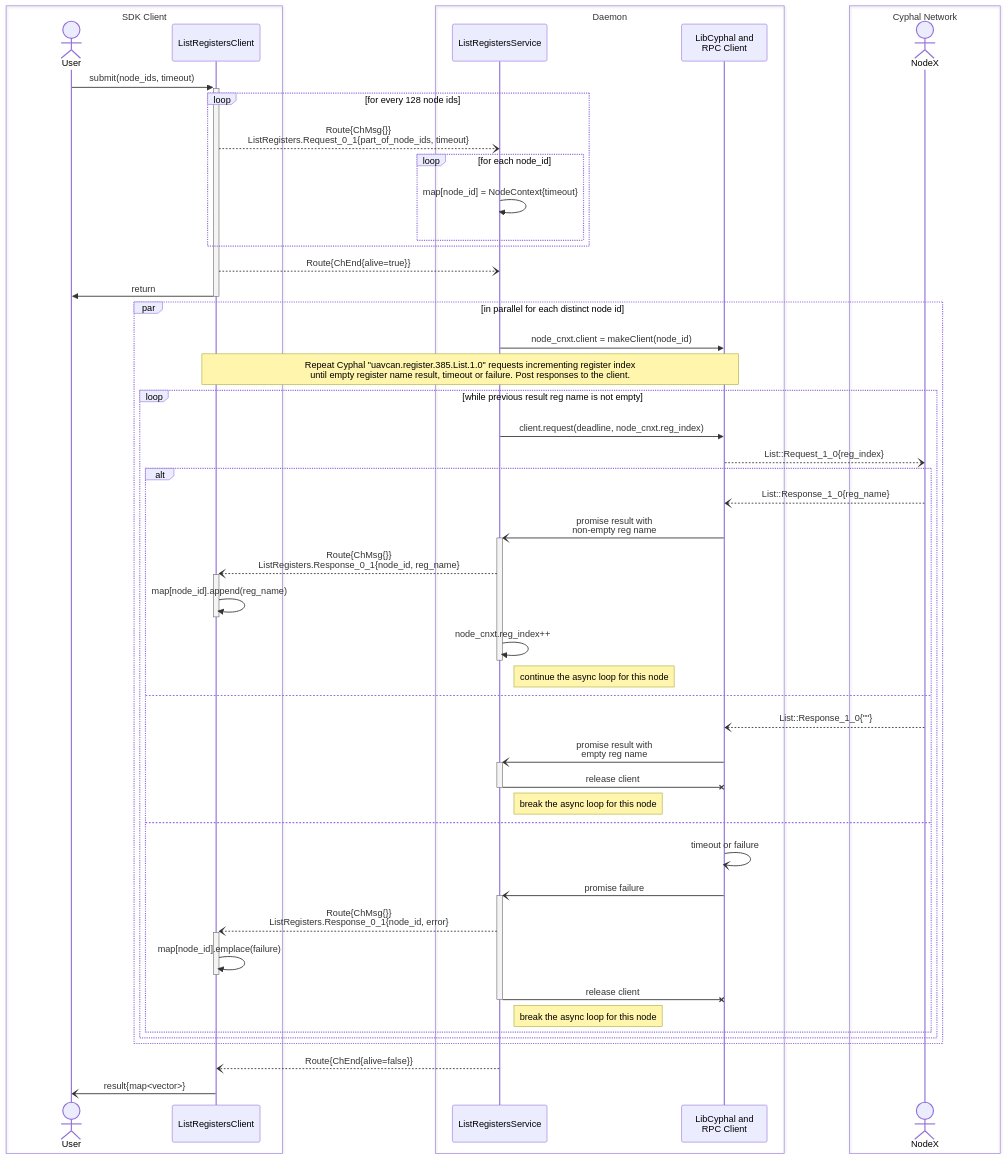
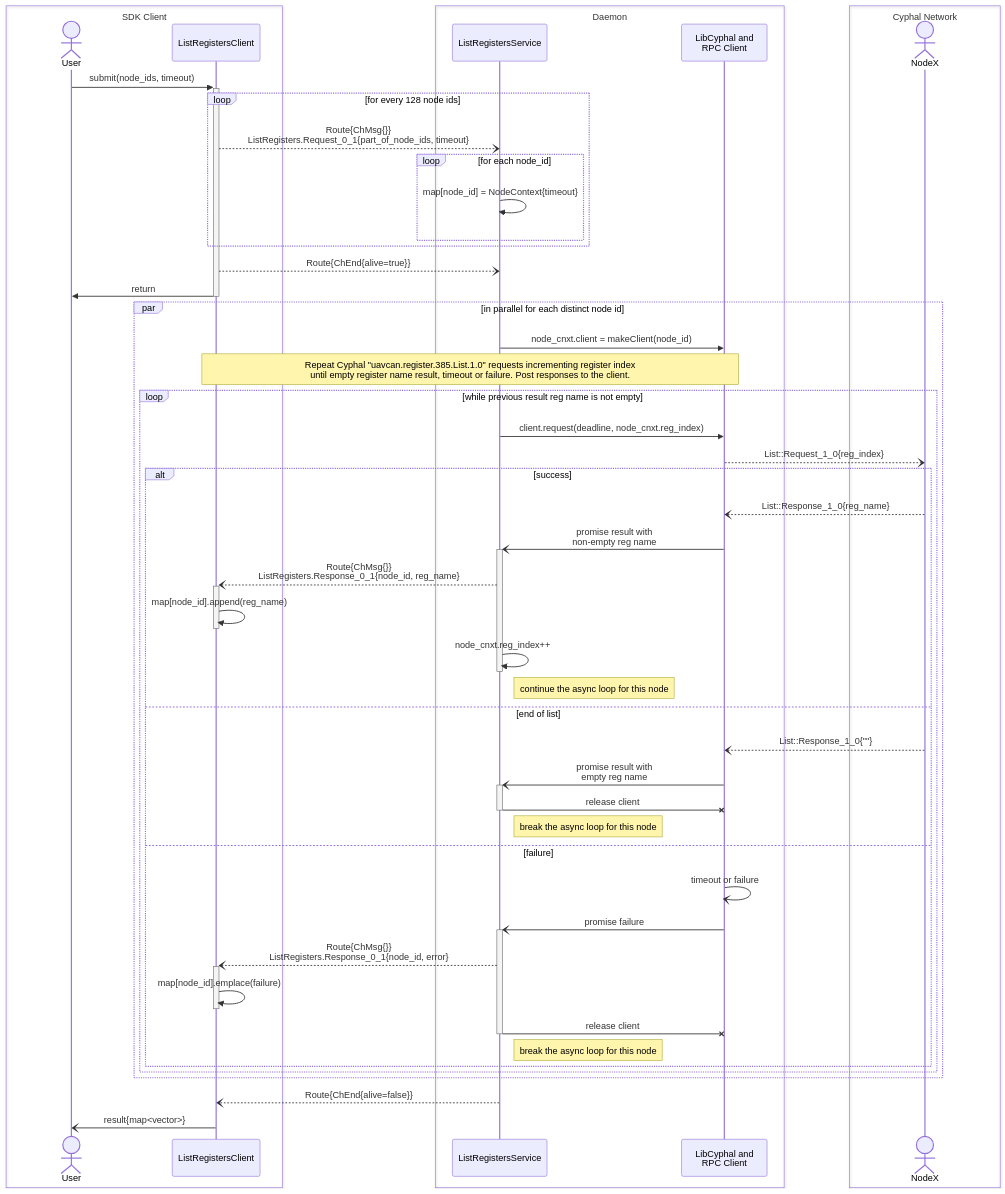
Before and after one commit to OpenCyphal-Garage/ocvsmd: the second of 4 diagrams in docs/svc_design.md, drawn with Mermaid. The commit also changed other lines of this file, not shown here.

````diff
--- a/docs/svc_design.md
+++ b/docs/svc_design.md
@@ -106,62 +106,62 @@
 ```mermaid
 sequenceDiagram
     actor User
     participant ListRegistersClient
     participant ListRegistersService
     participant LibCyphal as LibCyphal and<br/>RPC Client
     actor NodeX
     
     User ->>+ ListRegistersClient: submit(node_ids, timeout)
     loop for every 128 node ids
         ListRegistersClient --) ListRegistersService: Route{ChMsg{}}<br/>ListRegisters.Request_0_1{part_of_node_ids, timeout}
         loop for each node_id
             ListRegistersService ->> ListRegistersService: map[node_id] = NodeContext{timeout}
         end
     end
     ListRegistersClient --) ListRegistersService: Route{ChEnd{alive=true}}
     ListRegistersClient ->>- User : return
     
     par in parallel for each distinct node id
         ListRegistersService ->> LibCyphal: node_cnxt.client = makeClient(node_id)
         Note over ListRegistersClient, LibCyphal: Repeat Cyphal "uavcan.register.385.List.1.0" requests incrementing register index<br/>until empty register name result, timeout or failure. Post responses to the client.
         loop while previous result reg name is not empty
             ListRegistersService ->> LibCyphal: client.request(deadline, node_cnxt.reg_index)
             LibCyphal --) NodeX: List::Request_1_0{reg_index}
-            alt
+            alt success
                 NodeX --) LibCyphal: List::Response_1_0{reg_name}
                 LibCyphal -)+ ListRegistersService: promise result with<br/>non-empty reg name
                 ListRegistersService --)+ ListRegistersClient: Route{ChMsg{}}<br/>ListRegisters.Response_0_1{node_id, reg_name}
                 ListRegistersClient ->>- ListRegistersClient: map[node_id].append(reg_name)
                 ListRegistersService ->>- ListRegistersService: node_cnxt.reg_index++
                 Note right of ListRegistersService: continue the async loop for this node
-            else
+            else end of list
                 NodeX --) LibCyphal: List::Response_1_0{""}
                 LibCyphal -)+ ListRegistersService: promise result with<br/>empty reg name
                 ListRegistersService -x- LibCyphal: release client
                 Note right of ListRegistersService: break the async loop for this node 
-            else
+            else failure
                 LibCyphal -) LibCyphal: timeout or failure
                 LibCyphal -)+ ListRegistersService: promise failure
                 ListRegistersService --)+ ListRegistersClient: Route{ChMsg{}}<br/>ListRegisters.Response_0_1{node_id, error}
                 ListRegistersClient ->>- ListRegistersClient: map[node_id].emplace(failure)
                 ListRegistersService -x- LibCyphal: release client
                 Note right of ListRegistersService: break the async loop for this node
             end
         end
     end
     
     ListRegistersService --) ListRegistersClient: Route{ChEnd{alive=false}}
     ListRegistersClient -) User: result{map<vector>}
 
     box SDK Client
         actor User
         participant ListRegistersClient
     end
     box Daemon
         participant ListRegistersService
         participant LibCyphal
     end
     box Cyphal Network
         actor NodeX
     end
 ```
````
